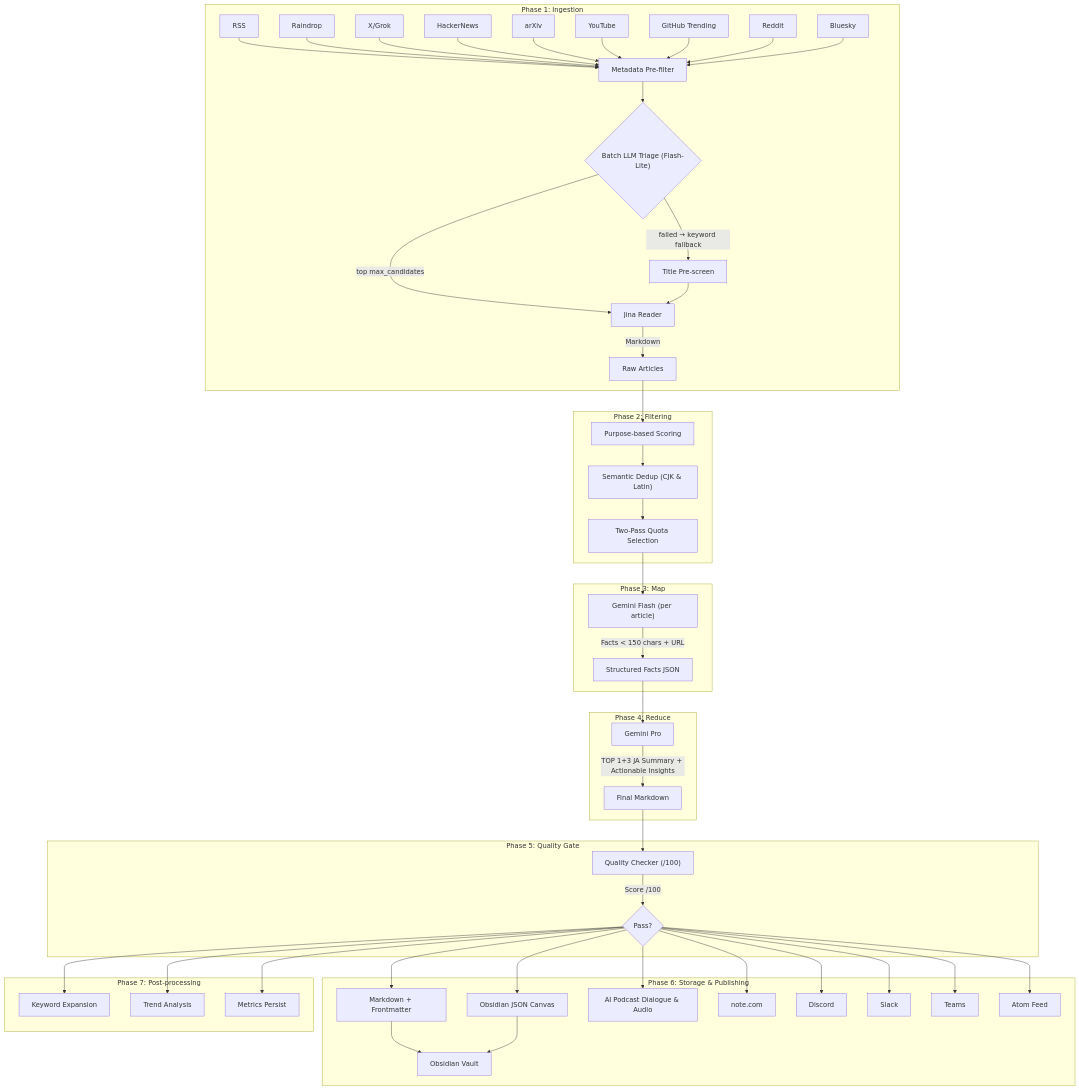
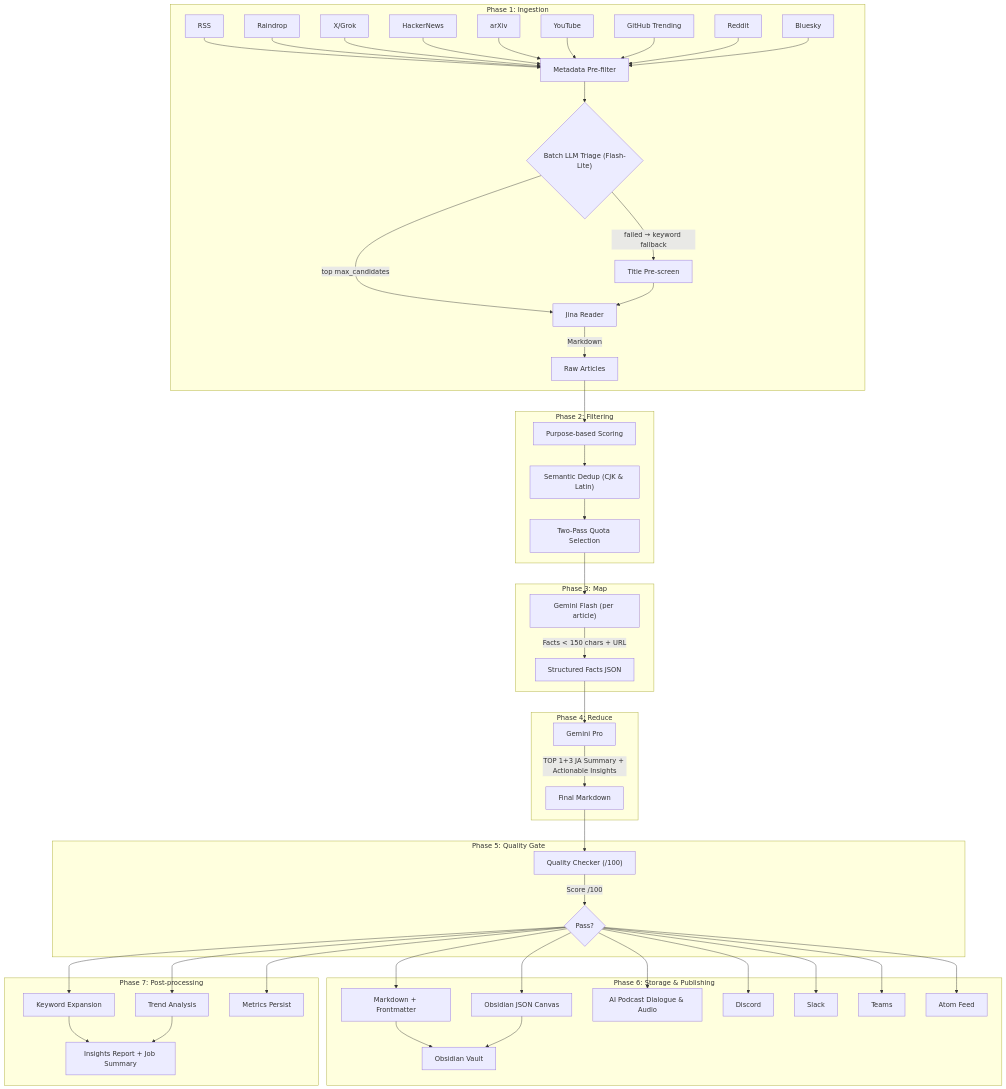
The first of 2 diagrams in docs/architecture.md (sun-flat-yamada/digital-trend-flow), drawn with Mermaid before and after one commit. The commit also changed other lines of this file and 47 other files, not shown here.

````diff
--- a/docs/architecture.md
+++ b/docs/architecture.md
@@ -7,51 +7,51 @@
 ```mermaid
 flowchart TD
     subgraph "Phase 1: Ingestion"
         S1[RSS] & S2[Raindrop] & S3[X/Grok] & S4[HackerNews] & S5[arXiv] & S6[YouTube] & S7[GitHub Trending] & S8[Reddit] & S9[Bluesky]
         S1 & S2 & S3 & S4 & S5 & S6 & S7 & S8 & S9 --> META[Metadata Pre-filter]
         META --> TRIAGE{"Batch LLM Triage (Flash-Lite)"}
         TRIAGE -->|"top max_candidates"| JR[Jina Reader]
         TRIAGE -->|"failed → keyword fallback"| TITLE[Title Pre-screen]
         TITLE --> JR
         JR --> |Markdown| RAW[Raw Articles]
     end
 
     subgraph "Phase 2: Filtering"
         RAW --> SCORE[Purpose-based Scoring]
         SCORE --> DEDUP["Semantic Dedup (CJK & Latin)"]
         DEDUP --> QUOTA[Two-Pass Quota Selection]
     end
 
     subgraph "Phase 3: Map"
         QUOTA --> FLASH["Gemini Flash (per article)"]
         FLASH --> |"Facts < 150 chars + URL"| FACTS[Structured Facts JSON]
     end
 
     subgraph "Phase 4: Reduce"
         FACTS --> PRO[Gemini Pro]
         PRO --> |"TOP 1+3 JA Summary + Actionable Insights"| SUMMARY[Final Markdown]
     end
 
     subgraph "Phase 5: Quality Gate"
         SUMMARY --> QC["Quality Checker (/100)"]
         QC --> |"Score /100"| GATE{Pass?}
     end
 
     subgraph "Phase 6: Storage & Publishing"
         GATE --> MD[Markdown + Frontmatter]
         GATE --> CANVAS[Obsidian JSON Canvas]
         GATE --> PODCAST[AI Podcast Dialogue & Audio]
-        GATE --> NOTE[note.com]
         GATE --> DISCORD[Discord]
         GATE --> SLACK[Slack]
         GATE --> TEAMS[Teams]
         GATE --> FEED[Atom Feed]
         MD & CANVAS --> OBS[Obsidian Vault]
     end
 
     subgraph "Phase 7: Post-processing"
         GATE --> KW[Keyword Expansion]
         GATE --> TREND[Trend Analysis]
+        KW & TREND --> INSIGHTS[Insights Report + Job Summary]
         GATE --> METRICS[Metrics Persist]
     end
 ```
````
